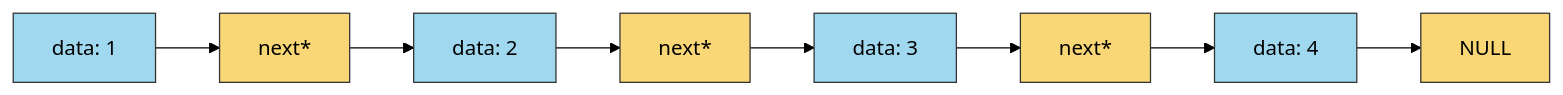
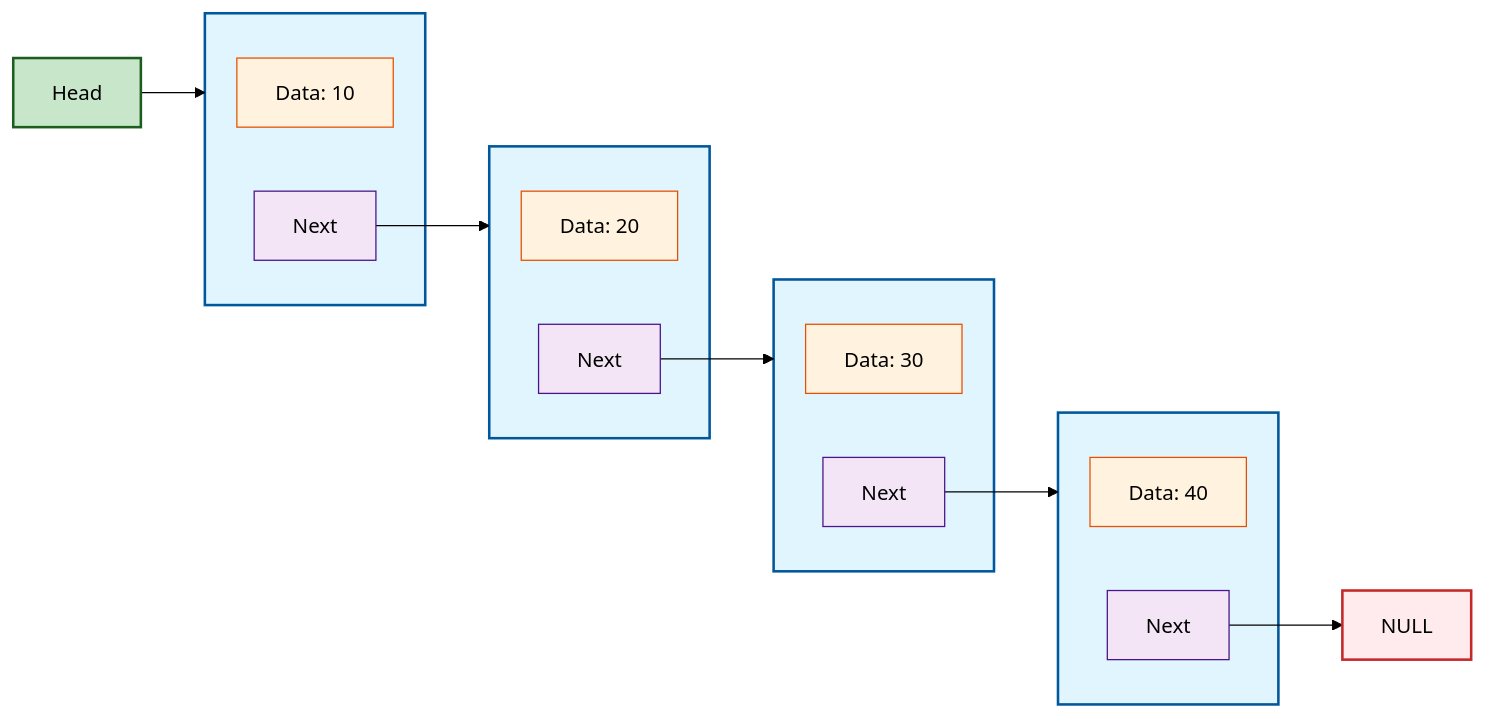
The diagram in Data Structures/Linked Lists.md (OmarNiazi/obsidian-notes), drawn with Mermaid (forest theme) before and after one commit.

Commit message:
vault backup: 2025-09-10 09:56:01
Affected files:
Data Structures/Linked Lists.md

````diff
--- a/Data Structures/Linked Lists.md
+++ b/Data Structures/Linked Lists.md
@@ -3,14 +3,51 @@
 ```mermaid
 graph LR
-    A1[data: 1]:::data --> A2[next*]:::ptr
-    B1[data: 2]:::data --> B2[next*]:::ptr
-    C1[data: 3]:::data --> C2[next*]:::ptr
-    D1[data: 4]:::data --> D2[NULL]:::ptr
-
-    A2 --> B1
-    B2 --> C1
-    C2 --> D1
-
-    classDef data fill:#a0d8ef,stroke:#333,stroke-width:1px;
-    classDef ptr fill:#f9d776,stroke:#333,stroke-width:1px;
+    %% Node 1
+    subgraph node1 [" "]
+        data1[Data: 10]
+        next1[Next]
+    end
+    
+    %% Node 2
+    subgraph node2 [" "]
+        data2[Data: 20]
+        next2[Next]
+    end
+    
+    %% Node 3
+    subgraph node3 [" "]
+        data3[Data: 30]
+        next3[Next]
+    end
+    
+    %% Node 4
+    subgraph node4 [" "]
+        data4[Data: 40]
+        next4[Next]
+    end
+    
+    %% NULL terminator
+    null[NULL]
+    
+    %% Connections from next pointer to next node
+    next1 --> node2
+    next2 --> node3
+    next3 --> node4
+    next4 --> null
+    
+    %% Head pointer
+    head[Head] --> node1
+    
+    %% Styling
+    classDef nodeStyle fill:#e1f5fe,stroke:#01579b,stroke-width:2px
+    classDef dataStyle fill:#fff3e0,stroke:#e65100,stroke-width:1px
+    classDef nextStyle fill:#f3e5f5,stroke:#4a148c,stroke-width:1px
+    classDef headStyle fill:#c8e6c9,stroke:#1b5e20,stroke-width:2px
+    classDef nullStyle fill:#ffebee,stroke:#c62828,stroke-width:2px
+    
+    class node1,node2,node3,node4 nodeStyle
+    class data1,data2,data3,data4 dataStyle
+    class next1,next2,next3,next4 nextStyle
+    class head headStyle
+    class null nullStyle
 ```
````
